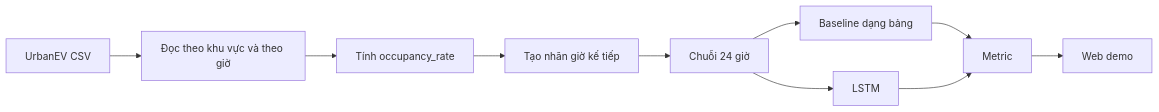
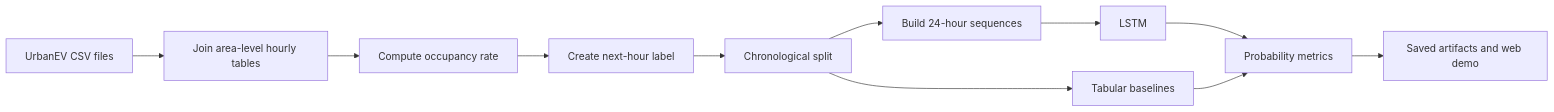
One commit to thang-uit/ev-charging-area-early-warning changed the diagram in README.md. Above: the diagram before and after it, drawn with Mermaid. The commit also changed other lines of this file and 4 other files, not shown here.

````diff
--- a/README.md
+++ b/README.md
@@ -120,12 +158,13 @@
 ```mermaid
 flowchart LR
-    A[UrbanEV CSV] --> B[Đọc theo khu vực và theo giờ]
-    B --> C[Tính occupancy_rate]
-    C --> D[Tạo nhãn giờ kế tiếp]
-    D --> E[Chuỗi 24 giờ]
-    E --> F[Baseline dạng bảng]
-    E --> G[LSTM]
-    F --> H[Metric]
-    G --> H
-    H --> I[Web demo]
+    A[UrbanEV CSV files] --> B[Join area-level hourly tables]
+    B --> C[Compute occupancy rate]
+    C --> D[Create next-hour label]
+    D --> E[Chronological split]
+    E --> F[Build 24-hour sequences]
+    F --> G[LSTM]
+    E --> H[Tabular baselines]
+    G --> I[Probability metrics]
+    H --> I
+    I --> J[Saved artifacts and web demo]
 ```
````
